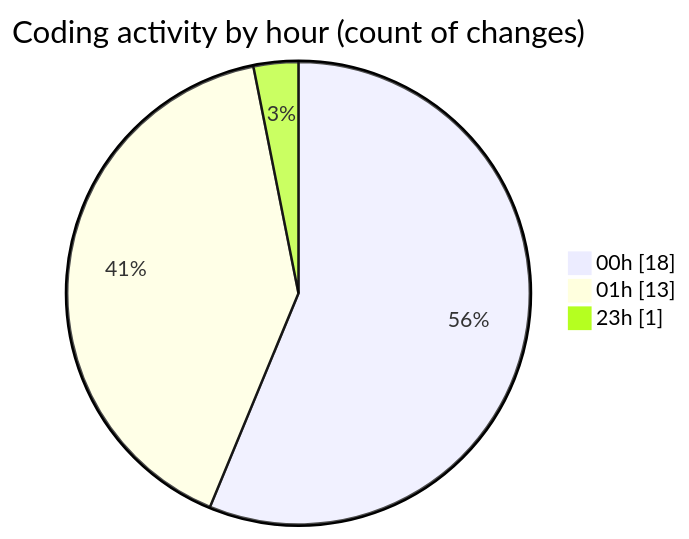
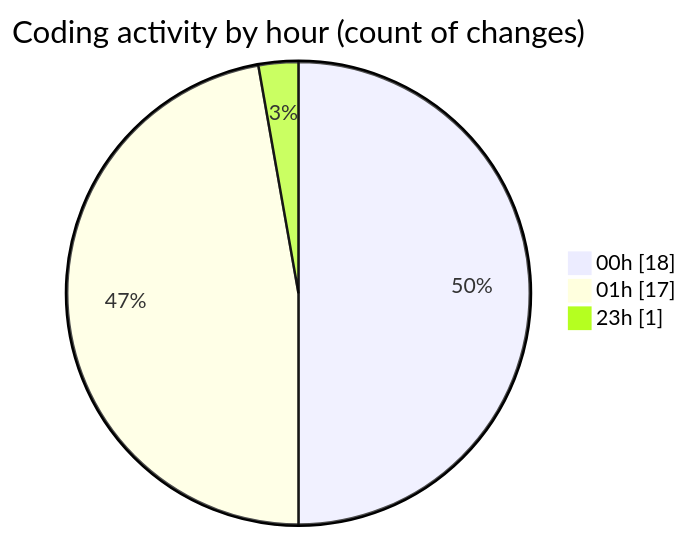
The second of 2 diagrams in 2025-01-02/uber_clone/README.md (donsfak/code-tracking), drawn with Mermaid before and after one commit. The commit also changed other lines of this file and 1 other file, not shown here.

````diff
--- a/2025-01-02/uber_clone/README.md
+++ b/2025-01-02/uber_clone/README.md
@@ -35,7 +35,7 @@
 ```mermaid
 pie showData
 title Coding activity by hour (count of changes)
 "00h" : 18
-"01h" : 13
+"01h" : 17
 "23h" : 1
 ```
````
